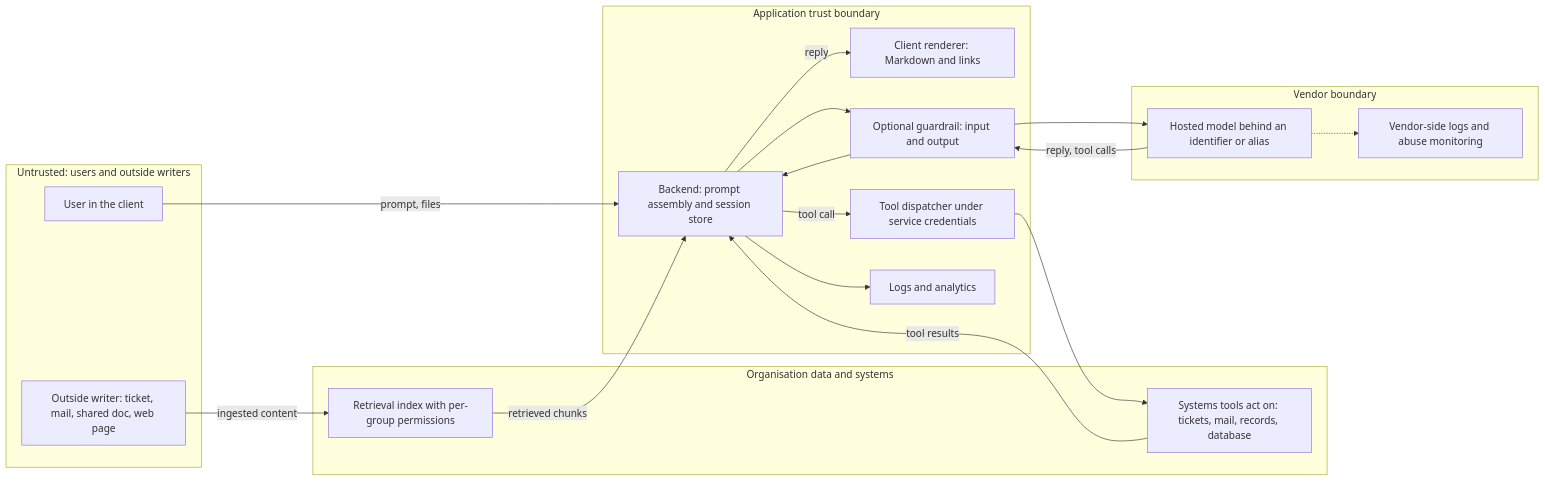
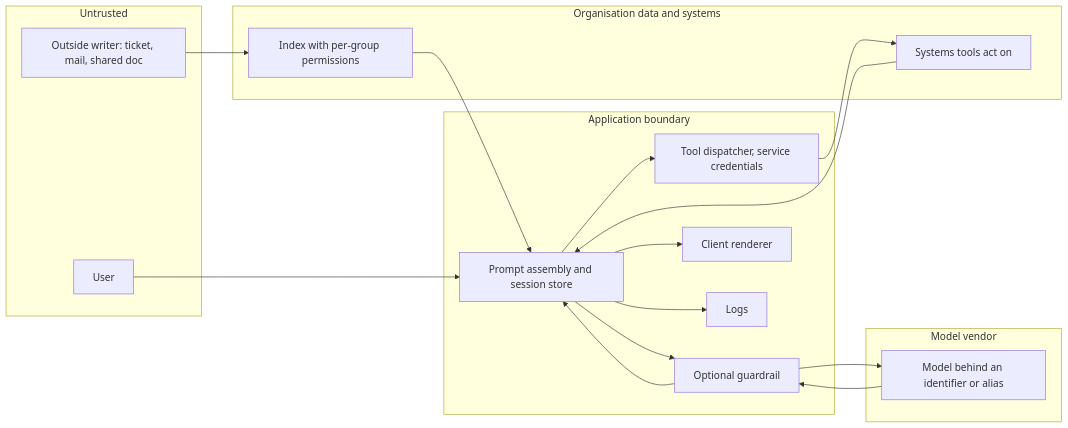
The diagram in threat-models/llm-application.md (wtcooper/ai-security-evals), drawn with Mermaid before and after one commit. The commit also changed other lines of this file and 5 other files, not shown here.

````diff
--- a/threat-models/llm-application.md
+++ b/threat-models/llm-application.md
@@ -102,32 +68,27 @@
 ```mermaid
 flowchart LR
-  subgraph TB1["Untrusted: users and outside writers"]
-    U["User in the client"]
-    W["Outside writer: ticket, mail, shared doc, web page"]
+  subgraph OUT["Untrusted"]
+    U["User"]
+    W["Outside writer: ticket, mail, shared doc"]
   end
-  subgraph TB2["Application trust boundary"]
-    C["Client renderer: Markdown and links"]
-    A["Backend: prompt assembly and session store"]
-    G["Optional guardrail: input and output"]
-    D["Tool dispatcher under service credentials"]
-    L["Logs and analytics"]
+  subgraph APP["Application boundary"]
+    A["Prompt assembly and session store"]
+    G["Optional guardrail"]
+    D["Tool dispatcher, service credentials"]
+    C["Client renderer"]
+    L["Logs"]
   end
-  subgraph TB3["Organisation data and systems"]
-    I["Retrieval index with per-group permissions"]
-    S["Systems tools act on: tickets, mail, records, database"]
+  subgraph DATA["Organisation data and systems"]
+    I["Index with per-group permissions"]
+    S["Systems tools act on"]
   end
-  subgraph TB4["Vendor boundary"]
-    M["Hosted model behind an identifier or alias"]
-    V["Vendor-side logs and abuse monitoring"]
+  subgraph VEND["Model vendor"]
+    M["Model behind an identifier or alias"]
   end
-  U -->|"prompt, files"| A
-  W -->|"ingested content"| I
-  I -->|"retrieved chunks"| A
-  A --> G --> M
-  M -->|"reply, tool calls"| G --> A
-  A -->|"tool call"| D --> S
-  S -->|"tool results"| A
-  A -->|"reply"| C
+  U --> A
+  W --> I --> A
+  A --> G --> M --> G --> A
+  A --> D --> S --> A
+  A --> C
   A --> L
-  M -.-> V
 ```
````
